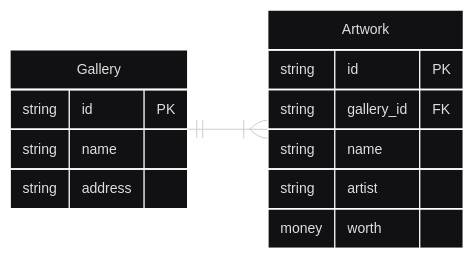
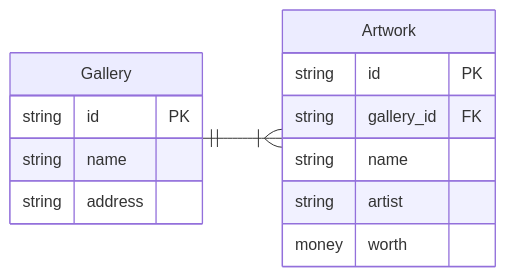
One commit to Seraphania/TAFE_Public changed the diagram in ICTPRG431-SQL/week_6-join-union-nested-queries/notes.md. Above: the diagram before and after it, drawn with Mermaid. The commit also changed other lines of this file and 11 other files, not shown here.

````diff
--- a/ICTPRG431-SQL/week_6-join-union-nested-queries/notes.md
+++ b/ICTPRG431-SQL/week_6-join-union-nested-queries/notes.md
@@ -77,24 +76,18 @@
 ```mermaid
----
-config:
-  layout: dagre
-  theme: redux-dark
-  look: classic
----
 erDiagram
-	direction LR
+  direction LR
 Gallery {
         string id PK
         string name
         string address
     }
 Artwork {
         string id PK
         string gallery_id FK
         string name
         string artist
         money worth
     }
 
-	Gallery ||--|{ Artwork :"  "
+  Gallery ||--|{ Artwork :"  "
 ```
````
